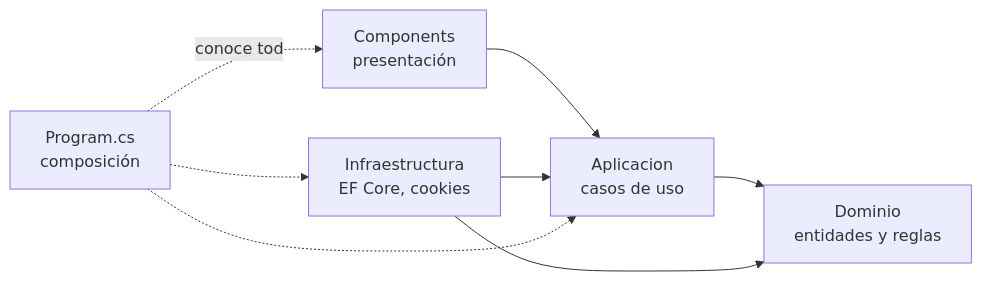
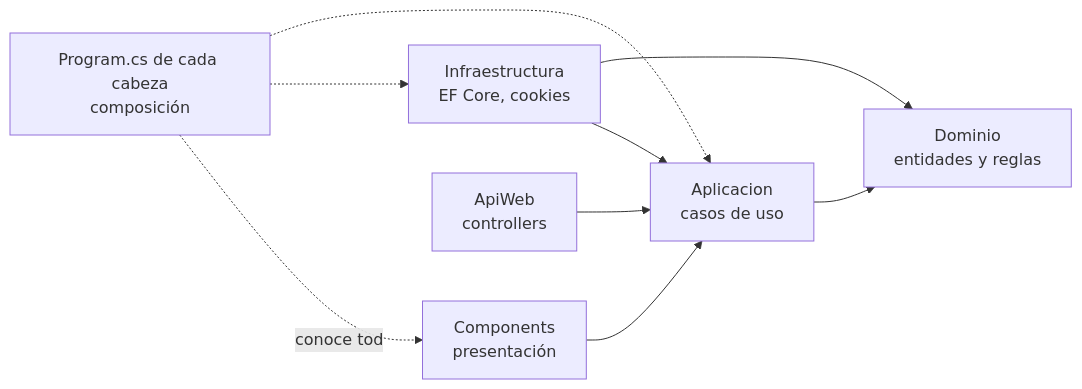
The diagram in ia-db/indexes/01_Arquitectura.md (hdcm-dev/Lab-E2E.WebBlazor.Documentacion), drawn with Mermaid before and after one commit. The commit also changed other lines of this file and 19 other files, not shown here.

````diff
--- a/ia-db/indexes/01_Arquitectura.md
+++ b/ia-db/indexes/01_Arquitectura.md
@@ -17,10 +21,11 @@
 ```mermaid
 graph LR
     C[Components<br/>presentación] --> A[Aplicacion<br/>casos de uso]
     I[Infraestructura<br/>EF Core, cookies] --> A
     A --> D[Dominio<br/>entidades y reglas]
     I --> D
-    P[Program.cs<br/>composición] -.conoce todo.-> C
+    API[ApiWeb<br/>controllers] --> A
+    P[Program.cs de cada cabeza<br/>composición] -.conoce todo.-> C
     P -.-> I
     P -.-> A
 ```
````
